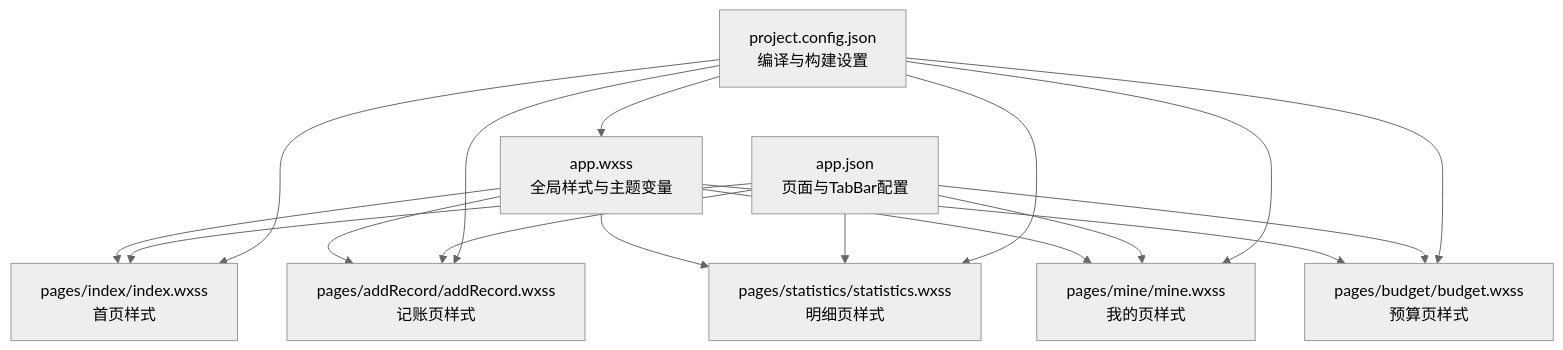
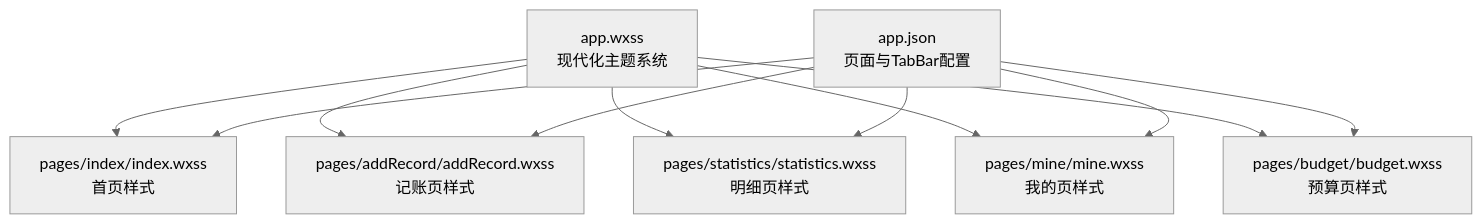
Before and after one commit to shisfish/miaobill: the first of 6 diagrams in .qoder/repowiki/zh/content/样式与界面设计.md, drawn with Mermaid (neutral theme). The commit also changed other lines of this file and 18 other files, not shown here.

````diff
--- a/.qoder/repowiki/zh/content/样式与界面设计.md
+++ b/.qoder/repowiki/zh/content/样式与界面设计.md
@@ -35,19 +42,13 @@
 ```mermaid
 graph TB
-A["app.wxss<br/>全局样式与主题变量"] --> B["pages/index/index.wxss<br/>首页样式"]
+A["app.wxss<br/>现代化主题系统"] --> B["pages/index/index.wxss<br/>首页样式"]
 A --> C["pages/addRecord/addRecord.wxss<br/>记账页样式"]
 A --> D["pages/statistics/statistics.wxss<br/>明细页样式"]
 A --> E["pages/mine/mine.wxss<br/>我的页样式"]
 A --> F["pages/budget/budget.wxss<br/>预算页样式"]
 G["app.json<br/>页面与TabBar配置"] --> B
 G --> C
 G --> D
 G --> E
 G --> F
-H["project.config.json<br/>编译与构建设置"] --> A
-H --> B
-H --> C
-H --> D
-H --> E
-H --> F
 ```
````
